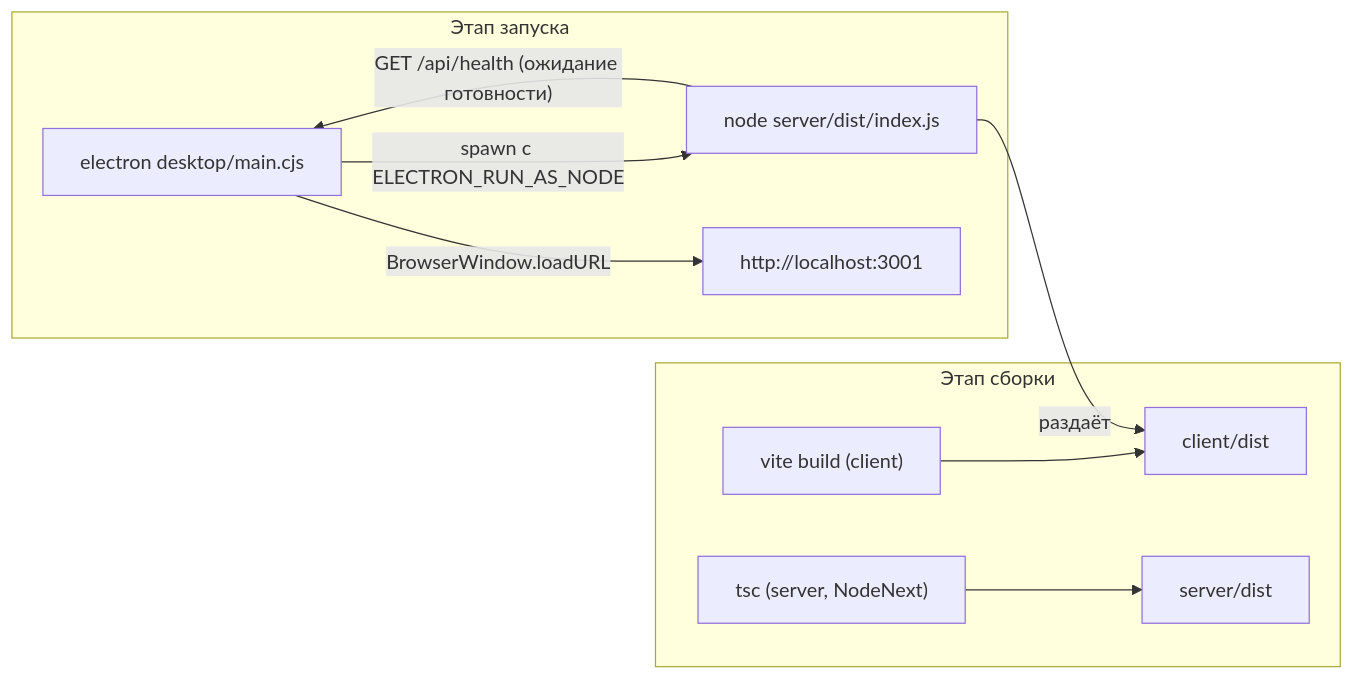
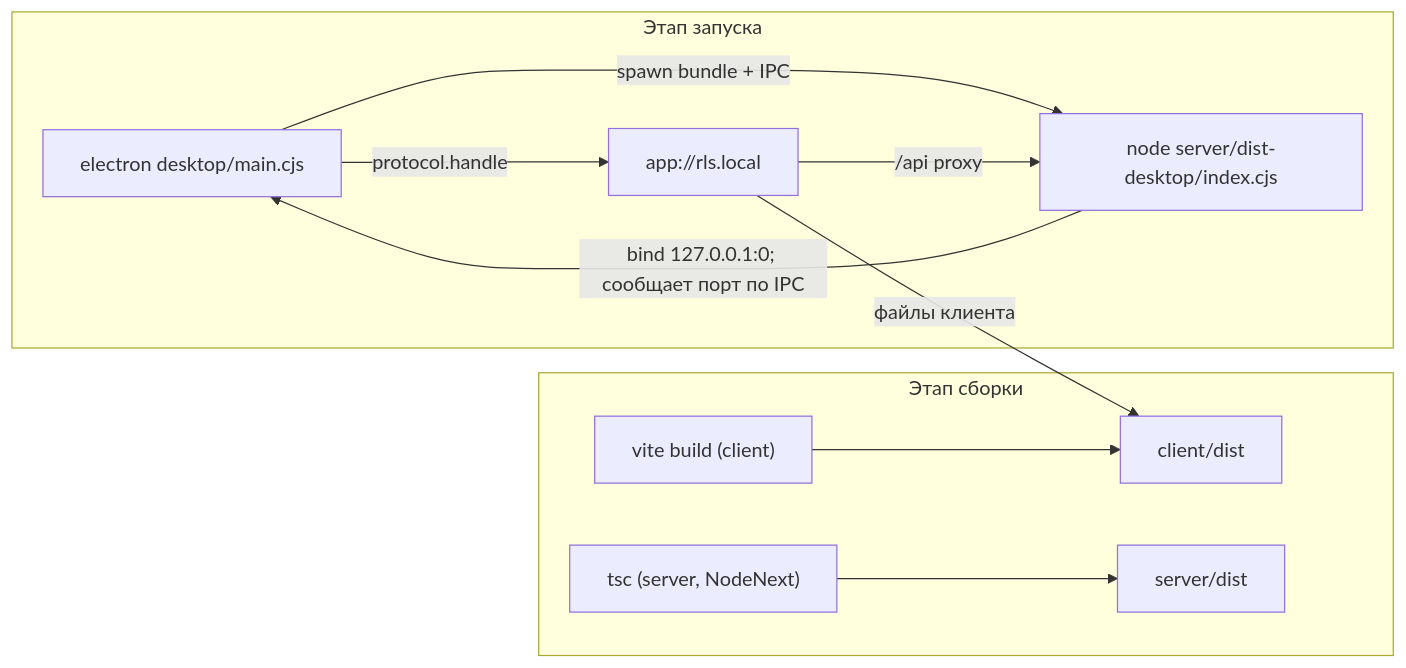
The fourth of 4 diagrams in ARCHITECTURE.md (Alchymik/rls-simulator), drawn with Mermaid before and after one commit. The commit also changed other lines of this file and 111 other files, not shown here.

````diff
--- a/ARCHITECTURE.md
+++ b/ARCHITECTURE.md
@@ -127,13 +133,14 @@
 ```mermaid
 flowchart LR
   subgraph build["Этап сборки"]
     V["vite build (client)"] --> DIST["client/dist"]
     T["tsc (server, NodeNext)"] --> SDIST["server/dist"]
   end
   subgraph run["Этап запуска"]
-    E["electron desktop/main.cjs"] -->|"spawn с ELECTRON_RUN_AS_NODE"| N["node server/dist/index.js"]
-    N -->|"раздаёт"| DIST
-    N -->|"GET /api/health (ожидание готовности)"| E
-    E -->|"BrowserWindow.loadURL"| U["http://localhost:3001"]
+    E["electron desktop/main.cjs"] -->|"spawn bundle + IPC"| N["node server/dist-desktop/index.cjs"]
+    N -->|"bind 127.0.0.1:0; сообщает порт по IPC"| E
+    E -->|"protocol.handle"| U["app://rls.local"]
+    U -->|"файлы клиента"| DIST["client/dist"]
+    U -->|"/api proxy"| N
   end
 ```
````
